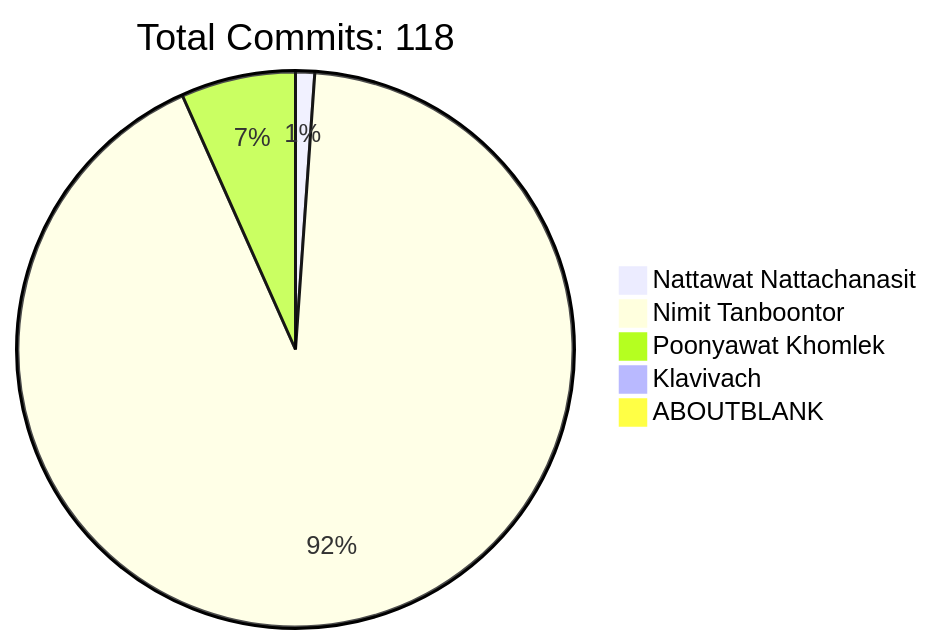
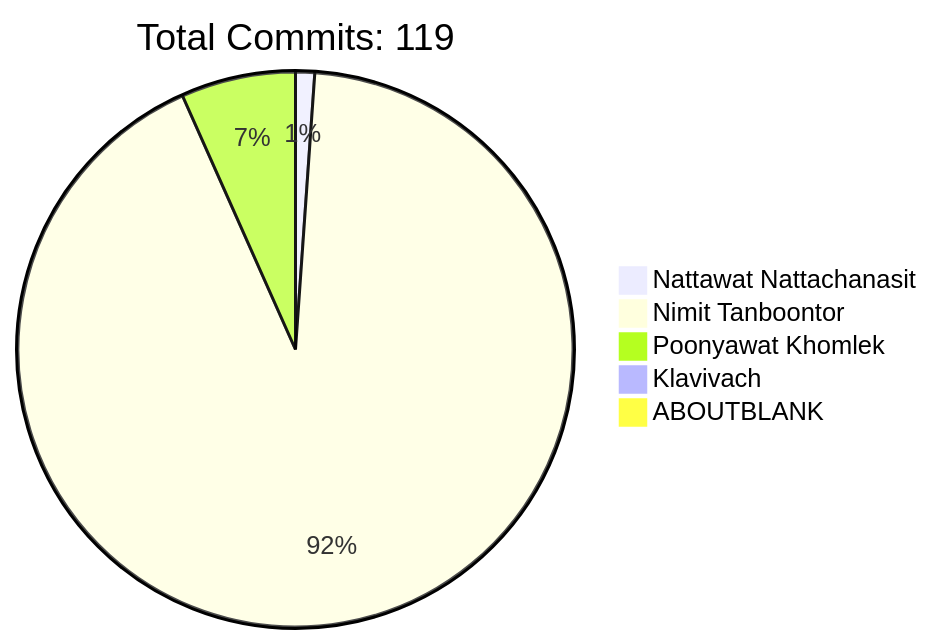
The diagram in README.md (HLLC-MFU/HLLC-2025), drawn with Mermaid before and after one commit. The commit also changed other lines of this file, not shown here.

````diff
--- a/README.md
+++ b/README.md
@@ -170,9 +170,9 @@
 ```mermaid
 pie
-    title Total Commits: 118
+    title Total Commits: 119
     "Nattawat Nattachanasit" : 1
     "Nimit Tanboontor" : 83
     "Poonyawat Khomlek" : 6
     "Klavivach" : 0
     "ABOUTBLANK" : 0
 ```
````
